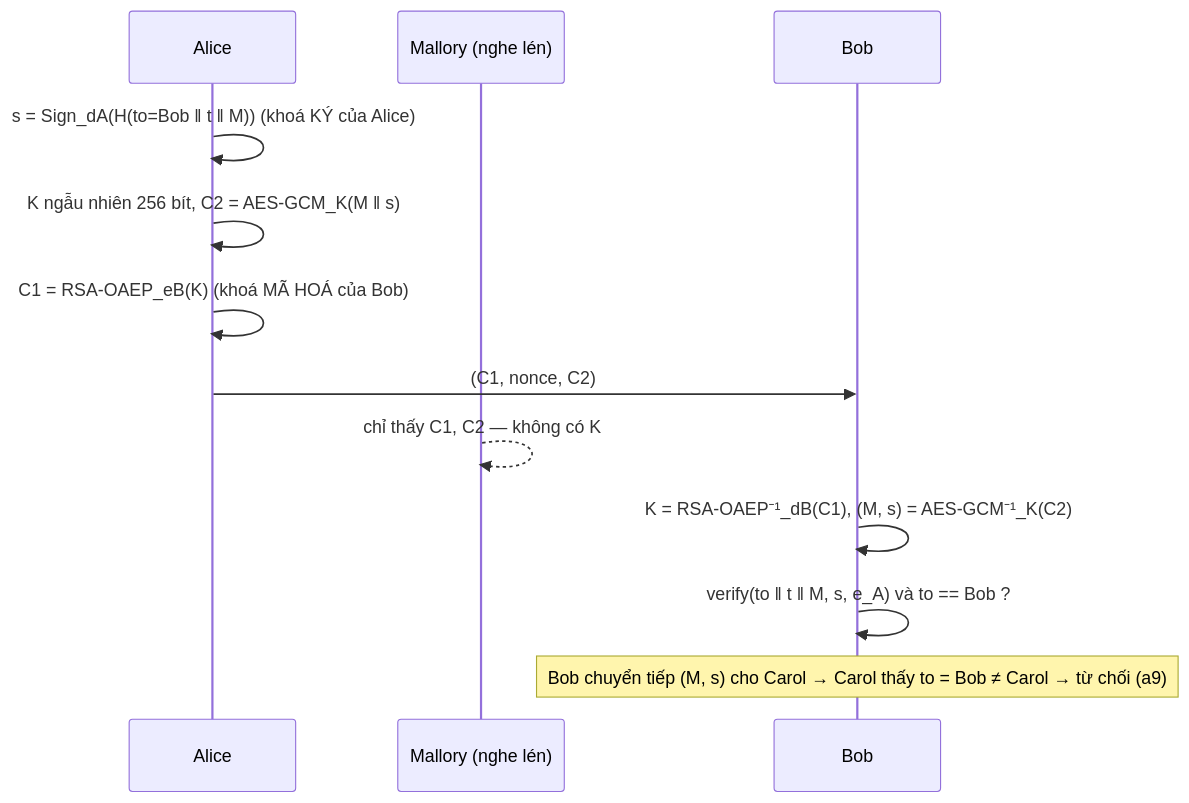
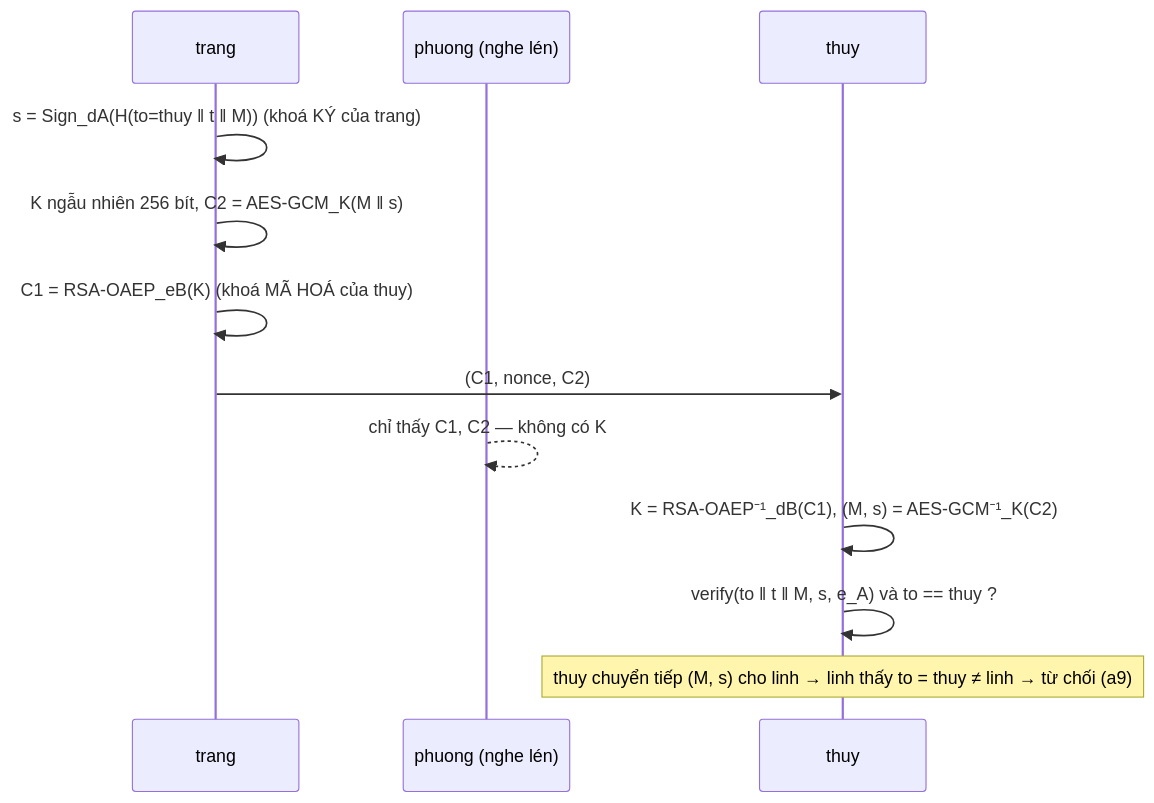
Before and after one commit to Ragnarok-84/RSA_2: the diagram in docs/diagrams/digital_envelope.md, drawn with Mermaid. The commit also changed 85 other files, not shown here.

````diff
--- a/docs/diagrams/digital_envelope.md
+++ b/docs/diagrams/digital_envelope.md
@@ -3,14 +3,14 @@
 ```mermaid
 sequenceDiagram
-    participant A as Alice
-    participant M as Mallory (nghe lén)
-    participant B as Bob
-    A->>A: s = Sign_dA(H(to=Bob ‖ t ‖ M))  (khoá KÝ của Alice)
+    participant A as trang
+    participant M as phuong (nghe lén)
+    participant B as thuy
+    A->>A: s = Sign_dA(H(to=thuy ‖ t ‖ M))  (khoá KÝ của trang)
     A->>A: K ngẫu nhiên 256 bít, C2 = AES-GCM_K(M ‖ s)
-    A->>A: C1 = RSA-OAEP_eB(K)  (khoá MÃ HOÁ của Bob)
+    A->>A: C1 = RSA-OAEP_eB(K)  (khoá MÃ HOÁ của thuy)
     A->>B: (C1, nonce, C2)
     M-->>M: chỉ thấy C1, C2 — không có K
     B->>B: K = RSA-OAEP⁻¹_dB(C1), (M, s) = AES-GCM⁻¹_K(C2)
-    B->>B: verify(to ‖ t ‖ M, s, e_A) và to == Bob ?
-    Note over B: Bob chuyển tiếp (M, s) cho Carol → Carol thấy to = Bob ≠ Carol → từ chối (a9)
+    B->>B: verify(to ‖ t ‖ M, s, e_A) và to == thuy ?
+    Note over B: thuy chuyển tiếp (M, s) cho linh → linh thấy to = thuy ≠ linh → từ chối (a9)
 ```
````
